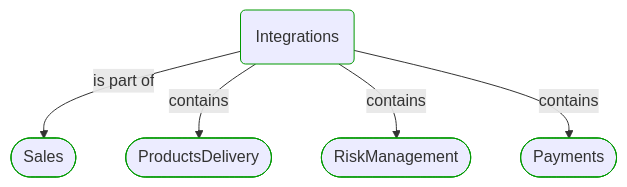
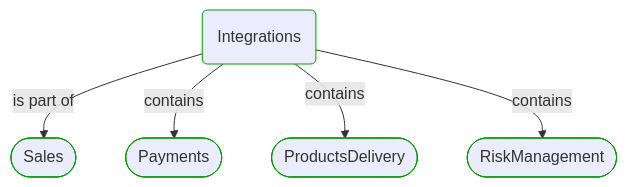
One commit to itlibrium/DDD-starter-dotnet changed the first of 4 diagrams in Docs/P3/MermaidOutput/Modules/Sales/Integrations/Integrations.md. Above: the diagram before and after it, drawn with Mermaid. The commit also changed 78 other files, not shown here.

````diff
--- a/Docs/P3/MermaidOutput/Modules/Sales/Integrations/Integrations.md
+++ b/Docs/P3/MermaidOutput/Modules/Sales/Integrations/Integrations.md
@@ -20,20 +20,20 @@
 ```mermaid
   flowchart TB
     0(Integrations)
     class 0 DomainPerspective
     1([Sales])
     class 1 DomainPerspective
     0-->|is part of|1
-    2([ProductsDelivery])
+    2([Payments])
     class 2 DomainPerspective
     0-->|contains|2
-    3([RiskManagement])
+    3([ProductsDelivery])
     class 3 DomainPerspective
     0-->|contains|3
-    4([Payments])
+    4([RiskManagement])
     class 4 DomainPerspective
     0-->|contains|4
     classDef DomainPerspective stroke:#009900
     classDef TechnologyPerspective stroke:#1F41EB
     classDef PeoplePerspective stroke:#FFF014
 ```
````
